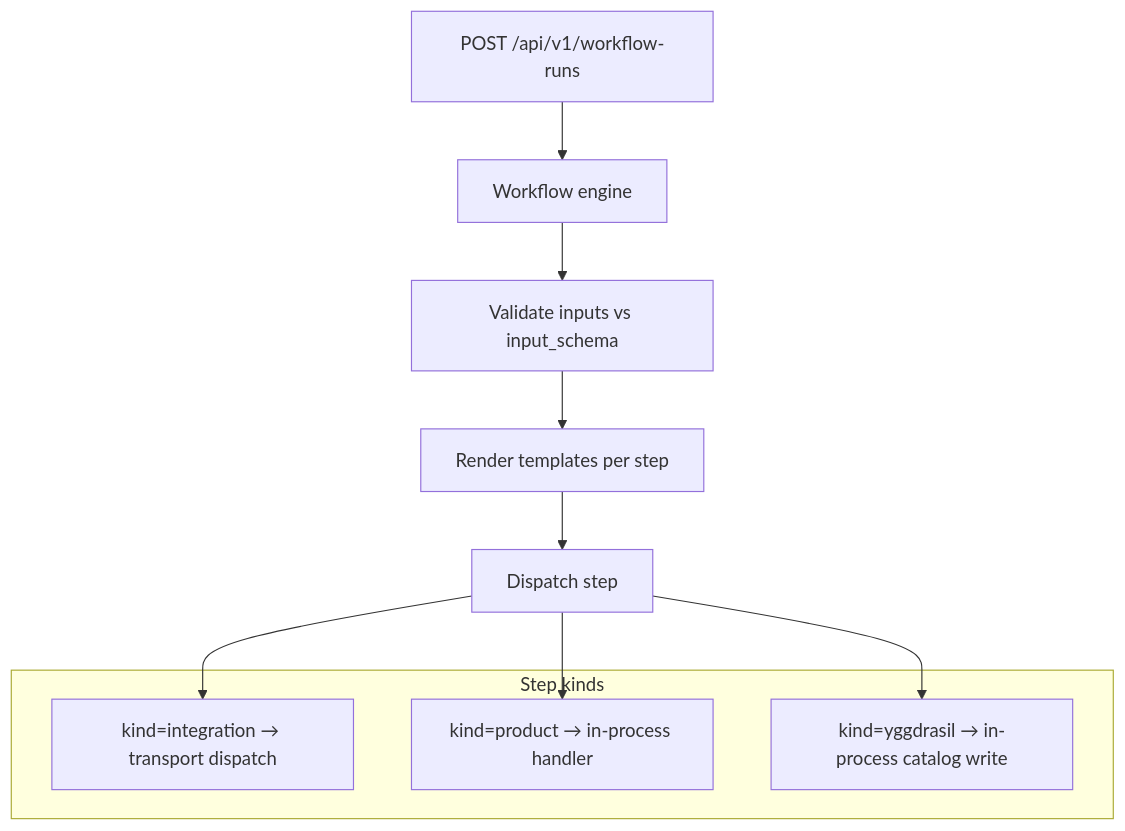
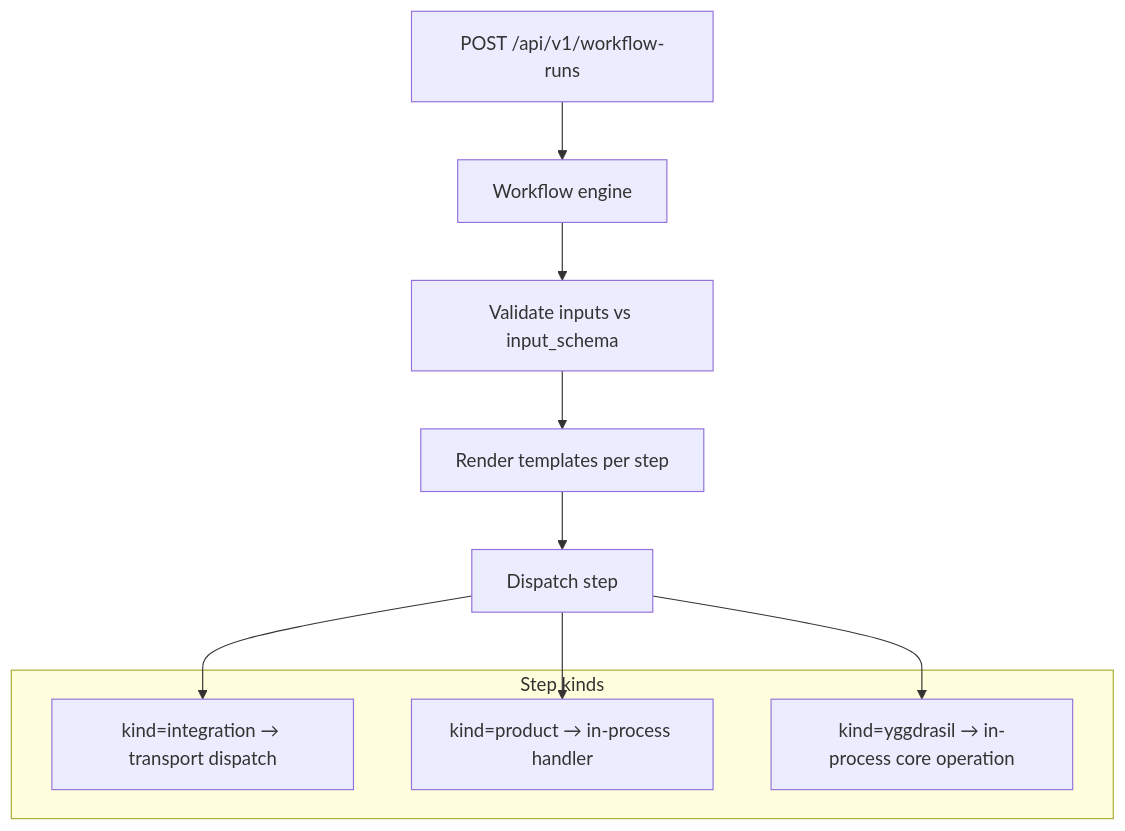
The diagram in docs/features/workflows.md (dakasa-yggdrasil/yggdrasil-core), drawn with Mermaid before and after one commit. The commit also changed other lines of this file and 2 other files, not shown here.

````diff
--- a/docs/features/workflows.md
+++ b/docs/features/workflows.md
@@ -65,22 +65,22 @@
 ```mermaid
 flowchart TB
     Trigger[POST /api/v1/workflow-runs]
     Engine[Workflow engine]
     Validate[Validate inputs vs input_schema]
     Render[Render templates per step]
     Dispatch[Dispatch step]
 
     subgraph StepKinds["Step kinds"]
         Integration[kind=integration → transport dispatch]
         Product[kind=product → in-process handler]
-        Yggdrasil[kind=yggdrasil → in-process catalog write]
+        Yggdrasil[kind=yggdrasil → in-process core operation]
     end
 
     Trigger --> Engine
     Engine --> Validate
     Validate --> Render
     Render --> Dispatch
     Dispatch --> Integration
     Dispatch --> Product
     Dispatch --> Yggdrasil
 ```
````
